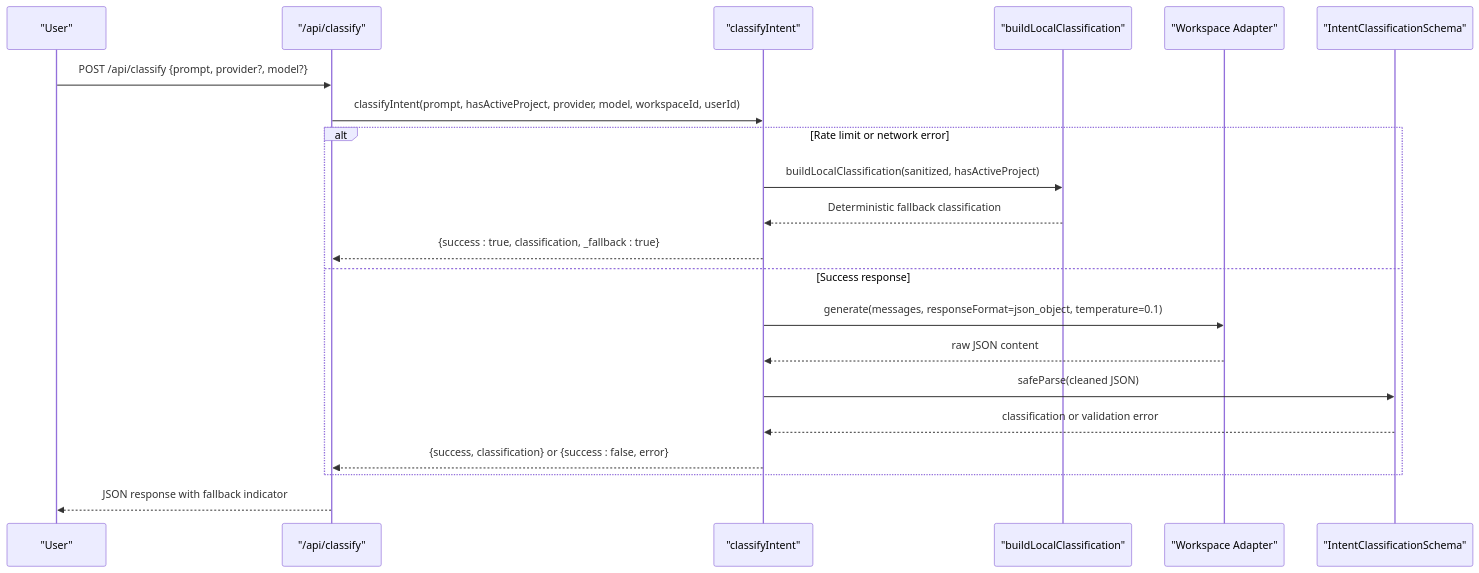
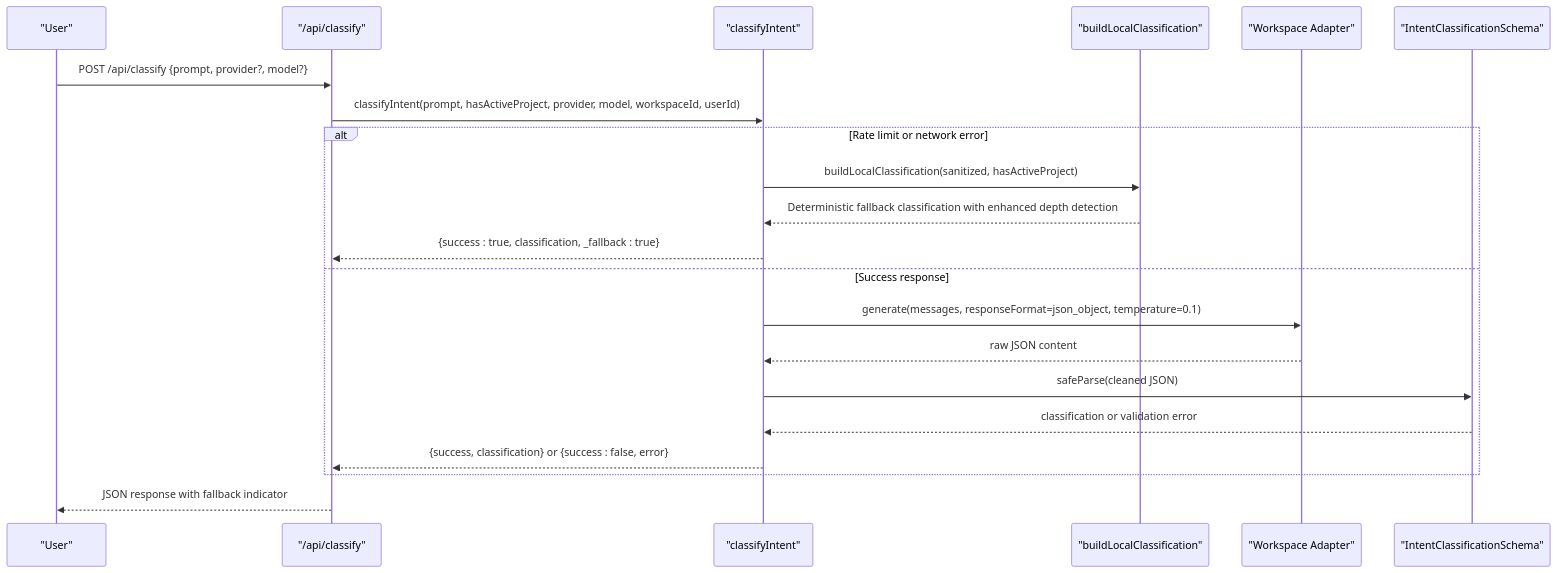
One commit to shekhargiri005-dotcom/AI-powered-accessibility-first-UI-engine changed the second of 11 diagrams in .qoder/repowiki/en/content/AI Generation Engine/Core Generation Pipeline/Intent Processing & Blueprint Selection.md. Above: the diagram before and after it, drawn with Mermaid. The commit also changed other lines of this file and 6 other files, not shown here.

````diff
--- a/.qoder/repowiki/en/content/AI Generation Engine/Core Generation Pipeline/Intent Processing & Blueprint Selection.md
+++ b/.qoder/repowiki/en/content/AI Generation Engine/Core Generation Pipeline/Intent Processing & Blueprint Selection.md
@@ -100,23 +110,23 @@
 ```mermaid
 sequenceDiagram
 participant U as "User"
 participant API as "/api/classify"
 participant CL as "classifyIntent"
 participant LF as "buildLocalClassification"
 participant AD as "Workspace Adapter"
 participant SC as "IntentClassificationSchema"
 U->>API : POST /api/classify {prompt, provider?, model?}
 API->>CL : classifyIntent(prompt, hasActiveProject, provider, model, workspaceId, userId)
 alt Rate limit or network error
 CL->>LF : buildLocalClassification(sanitized, hasActiveProject)
-LF-->>CL : Deterministic fallback classification
+LF-->>CL : Deterministic fallback classification with enhanced depth detection
 CL-->>API : {success : true, classification, _fallback : true}
 else Success response
 CL->>AD : generate(messages, responseFormat=json_object, temperature=0.1)
 AD-->>CL : raw JSON content
 CL->>SC : safeParse(cleaned JSON)
 SC-->>CL : classification or validation error
 CL-->>API : {success, classification} or {success : false, error}
 end
 API-->>U : JSON response with fallback indicator
 ```
````
